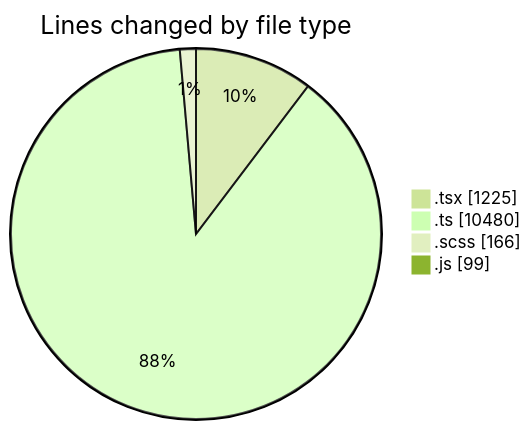
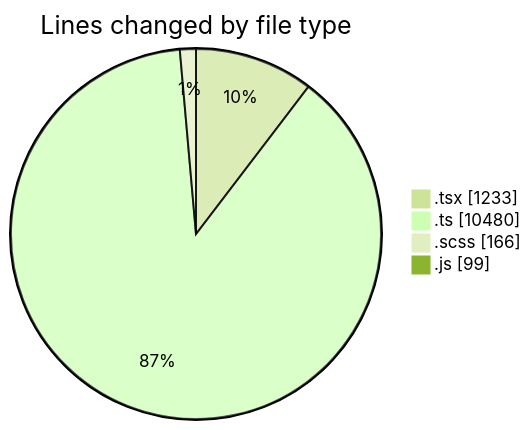
One commit to momahboobian/code-tracking changed the first of 2 diagrams in 2025-03-26/cda/README.md. Above: the diagram before and after it, drawn with Mermaid (forest theme). The commit also changed other lines of this file and 1 other file, not shown here.

````diff
--- a/2025-03-26/cda/README.md
+++ b/2025-03-26/cda/README.md
@@ -43,8 +43,8 @@
 ```mermaid
 pie showData
 title Lines changed by file type
-".tsx" : 1225
+".tsx" : 1233
 ".ts" : 10480
 ".scss" : 166
 ".js" : 99
 ```
````
